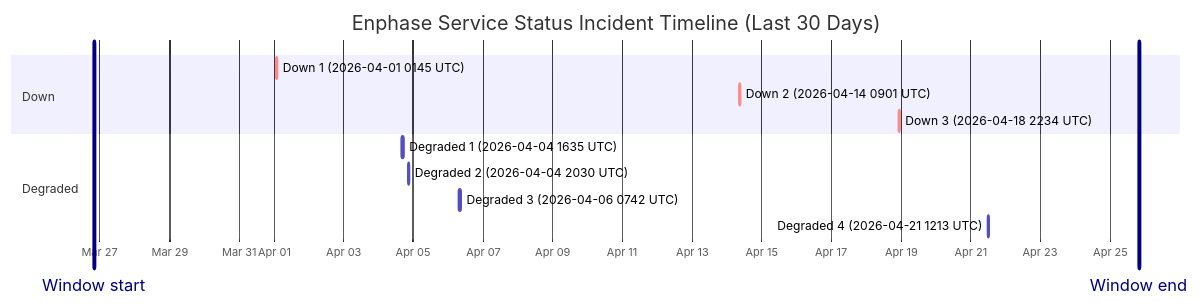
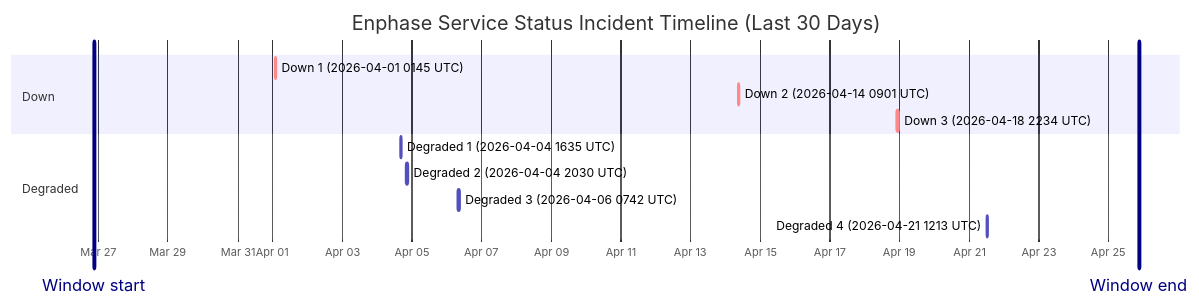
The diagram in wiki/Service-Status-History.md (barneyonline/ha-enphase-ev-charger), drawn with Mermaid before and after one commit. The commit also changed other lines of this file and 3 other files, not shown here.

````diff
--- a/wiki/Service-Status-History.md
+++ b/wiki/Service-Status-History.md
@@ -14,17 +14,17 @@
 ```mermaid
 gantt
     title Enphase Service Status Incident Timeline (Last 30 Days)
     dateFormat  YYYY-MM-DDTHH:mm:ss
     axisFormat  %b %d
-    Window start :vert, window-start, 2026-03-26T20:01:14, 0ms
-    Window end :vert, window-end, 2026-04-25T20:01:14, 0ms
+    Window start :vert, window-start, 2026-03-26T21:04:16, 0ms
+    Window end :vert, window-end, 2026-04-25T21:04:16, 0ms
     section Down
     Down 1 (2026-04-01 0145 UTC) :crit, down-1, 2026-04-01T01:45:09, 60m
     Down 2 (2026-04-14 0901 UTC) :crit, down-2, 2026-04-14T09:01:13, 60m
     Down 3 (2026-04-18 2234 UTC) :crit, down-3, 2026-04-18T22:34:13, 60m
     section Degraded
     Degraded 1 (2026-04-04 1635 UTC) :active, degraded-1, 2026-04-04T16:35:17, 60m
     Degraded 2 (2026-04-04 2030 UTC) :active, degraded-2, 2026-04-04T20:30:40, 60m
     Degraded 3 (2026-04-06 0742 UTC) :active, degraded-3, 2026-04-06T07:42:09, 85m
     Degraded 4 (2026-04-21 1213 UTC) :active, degraded-4, 2026-04-21T12:13:11, 60m
 ```
````
